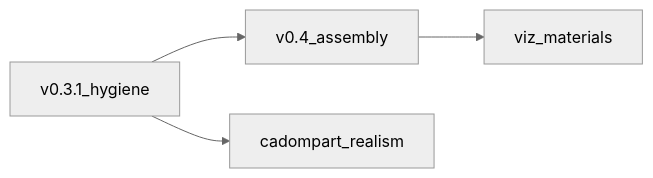
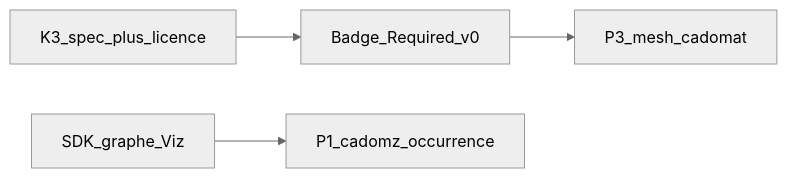
One commit to naanouff/OpenCAD changed the second of 2 diagrams in documentation/cadom-spec-swot.md. Above: the diagram before and after it, drawn with Mermaid (neutral theme). The commit also changed other lines of this file and 5 other files, not shown here.

````diff
--- a/documentation/cadom-spec-swot.md
+++ b/documentation/cadom-spec-swot.md
@@ -311,10 +318,11 @@
 ```mermaid
 flowchart LR
-  v031[v0.3.1_hygiene]
-  v04[v0.4_assembly]
-  part[cadompart_realism]
-  viz[viz_materials]
-  v031 --> v04
-  v031 --> part
-  v04 --> viz
+  graphSDK[SDK_graphe_Viz]
+  k0[K3_spec_plus_licence]
+  badge[Badge_Required_v0]
+  p1[P1_cadomz_occurrence]
+  p3[P3_mesh_cadomat]
+  graphSDK --> p1
+  k0 --> badge
+  badge --> p3
 ```
````
